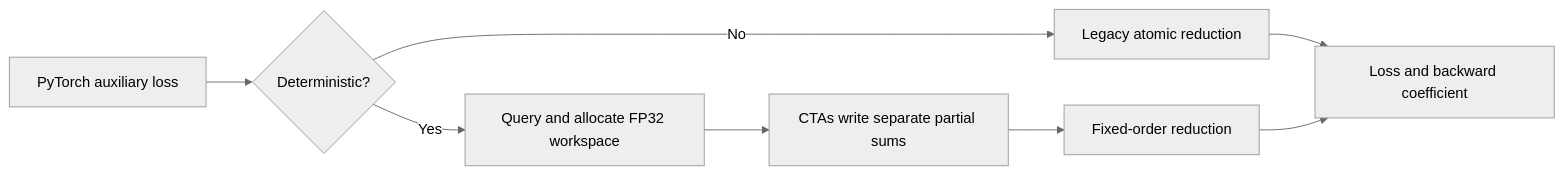
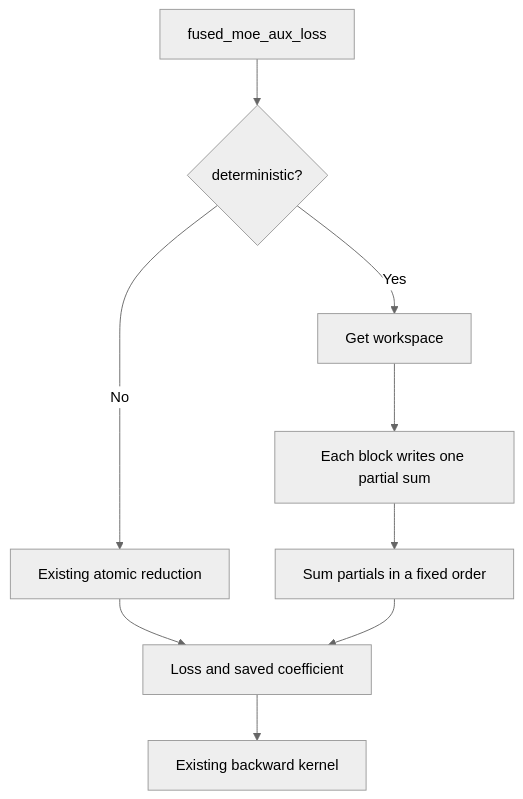
The diagram in knowledge/projects/transformer-engine/knowledgebase/upstream/prs/NVIDIA--TransformerEngine/PR-3587.md (yuguo-Jack/HCU-TrainFlow), drawn with Mermaid before and after one commit. The commit also changed other lines of this file and 19088 other files, not shown here.

````diff
--- a/knowledge/projects/transformer-engine/knowledgebase/upstream/prs/NVIDIA--TransformerEngine/PR-3587.md
+++ b/knowledge/projects/transformer-engine/knowledgebase/upstream/prs/NVIDIA--TransformerEngine/PR-3587.md
@@ -94,11 +95,12 @@
 ```mermaid
 %%{init: {'theme': 'neutral'}}%%
-flowchart LR
-  A[PyTorch auxiliary loss] --> B{Deterministic?}
-  B -- No --> C[Legacy atomic reduction]
-  B -- Yes --> D[Query and allocate FP32 workspace]
-  D --> E[CTAs write separate partial sums]
-  E --> F[Fixed-order reduction]
-  C --> G[Loss and backward coefficient]
+flowchart TD
+  A["fused_moe_aux_loss"] --> B{"deterministic?"}
+  B -->|No| C["Existing atomic reduction"]
+  B -->|Yes| D["Get workspace"]
+  D --> E["Each block writes one partial sum"]
+  E --> F["Sum partials in a fixed order"]
+  C --> G["Loss and saved coefficient"]
   F --> G
+  G --> H["Existing backward kernel"]
 ```
````
